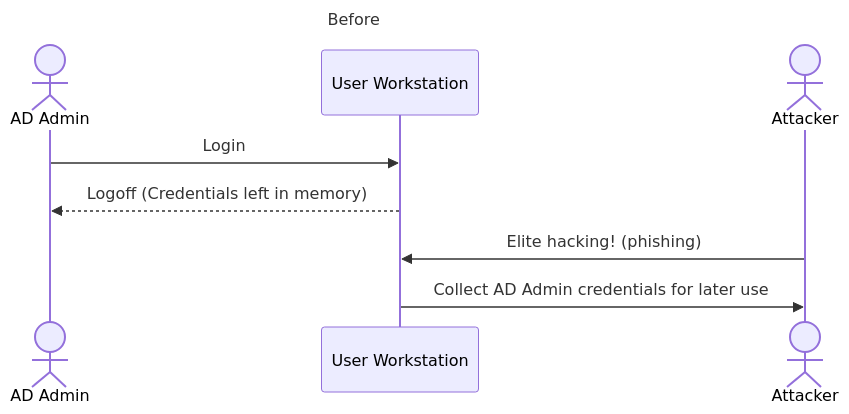
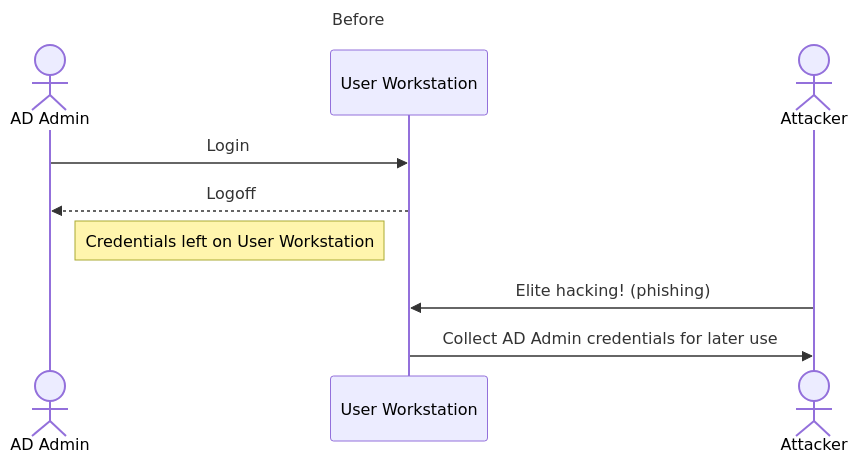
The diagram in diagrams/NoCaching.md (TrimarcJake/pug-snippets), drawn with Mermaid before and after one commit.

Commit message:
Technical correct.

````diff
--- a/diagrams/NoCaching.md
+++ b/diagrams/NoCaching.md
@@ -1,13 +1,14 @@
 ``` mermaid
 ---
 title: Before
 ---
 sequenceDiagram
   actor AD Admin
   participant User Workstation
   actor Attacker
   AD Admin ->> User Workstation: Login
-  User Workstation -->> AD Admin: Logoff (Credentials left in memory)
+  User Workstation -->> AD Admin: Logoff
+  note left of User Workstation: Credentials left on User Workstation
   Attacker ->> User Workstation: Elite hacking! (phishing)
   User Workstation ->> Attacker: Collect AD Admin credentials for later use
 ```
````
